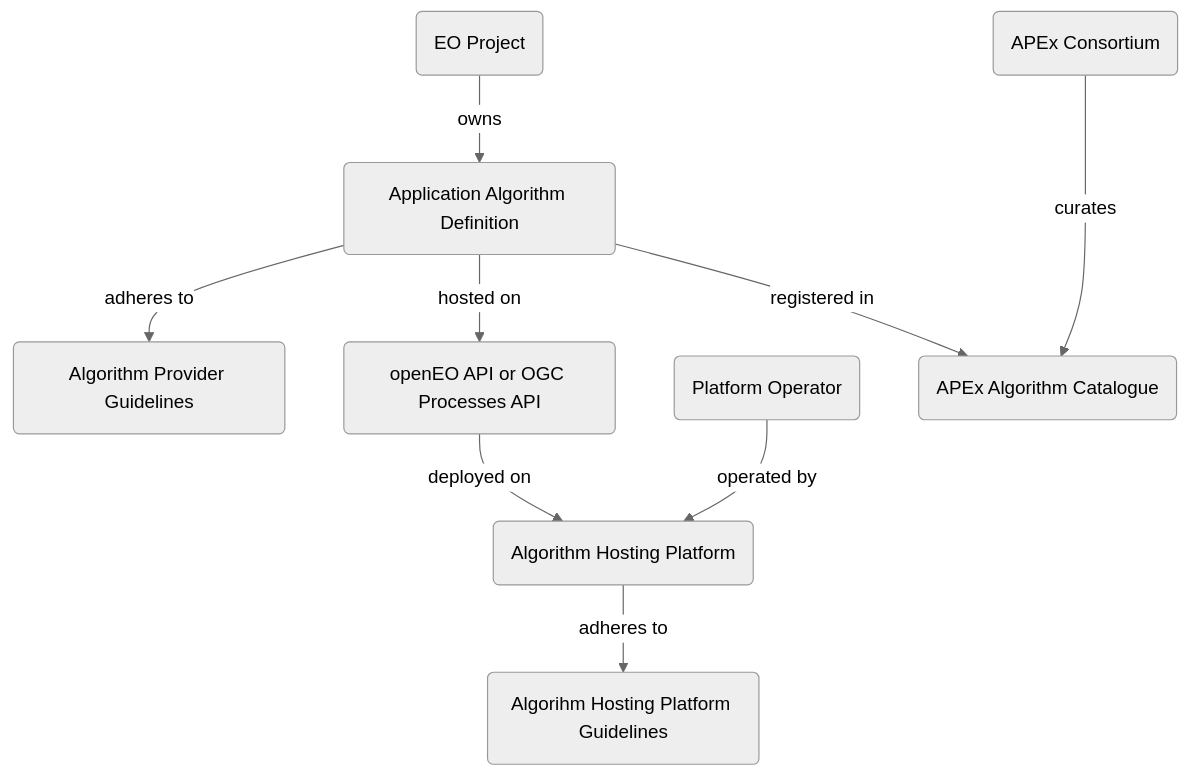
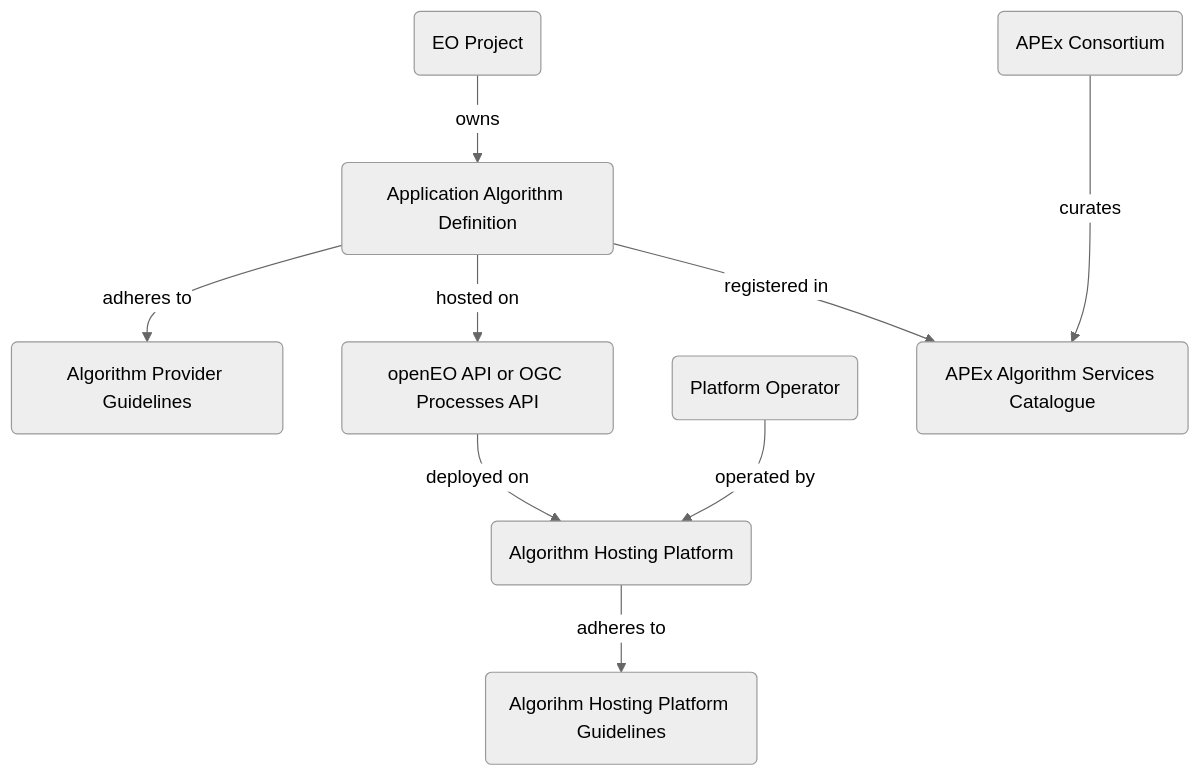
Before and after one commit to ESA-APEx/apex_documentation: the diagram in interoperability/definitions.qmd, drawn with Mermaid (neutral theme). The commit also changed other lines of this file and 4 other files, not shown here.

Commit message:
srr(pss): updated consistent usage of algorithm services catalogue

````diff
--- a/interoperability/definitions.qmd
+++ b/interoperability/definitions.qmd
@@ -9,23 +9,23 @@
 ```{mermaid}
 %%| label: fig-definitions
 %%| fig-cap: "Concepts and relationships."
 flowchart TD
     EO_PROJECT("EO Project")
     ALGORITHM("Application Algorithm Definition")
     ALGORITHM_GUIDELINES("Algorithm Provider Guidelines")
     OPENEO_OGC("openEO API or OGC Processes API")
     HOSTING_PLATFORM("Algorithm Hosting Platform")
     OPERATOR("Platform Operator")
     PLATFORM_GUIDELINES("Algorihm Hosting Platform Guidelines")
-    CATALOGUE("APEx Algorithm Catalogue")
+    CATALOGUE("APEx Algorithm Services Catalogue")
     APEX("APEx Consortium")
 
     EO_PROJECT --> | owns | ALGORITHM
     ALGORITHM --> | adheres to | ALGORITHM_GUIDELINES
     ALGORITHM --> | hosted on | OPENEO_OGC
     OPENEO_OGC --> | deployed on | HOSTING_PLATFORM
     OPERATOR --> | operated by | HOSTING_PLATFORM
     HOSTING_PLATFORM --> | adheres to | PLATFORM_GUIDELINES
     ALGORITHM --> | registered in | CATALOGUE
     APEX ---> | curates | CATALOGUE
 ```
````
